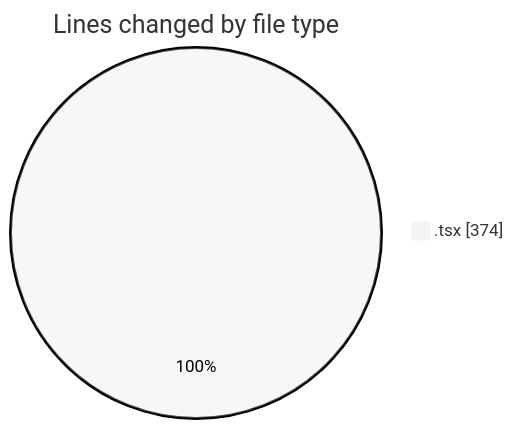
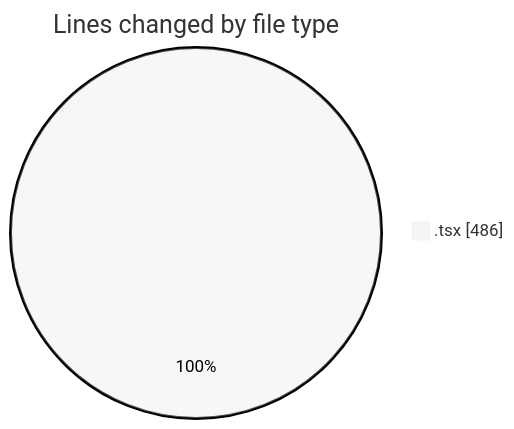
The first of 2 diagrams in 2026-02-17/nxtqube_webapp/README.md (nxtqubesakshisongat/code-tracking), drawn with Mermaid (neutral theme) before and after one commit. The commit also changed other lines of this file and 1 other file, not shown here.

````diff
--- a/2026-02-17/nxtqube_webapp/README.md
+++ b/2026-02-17/nxtqube_webapp/README.md
@@ -21,5 +22,5 @@
 ```mermaid
 pie showData
 title Lines changed by file type
-".tsx" : 374
+".tsx" : 486
 ```
````
